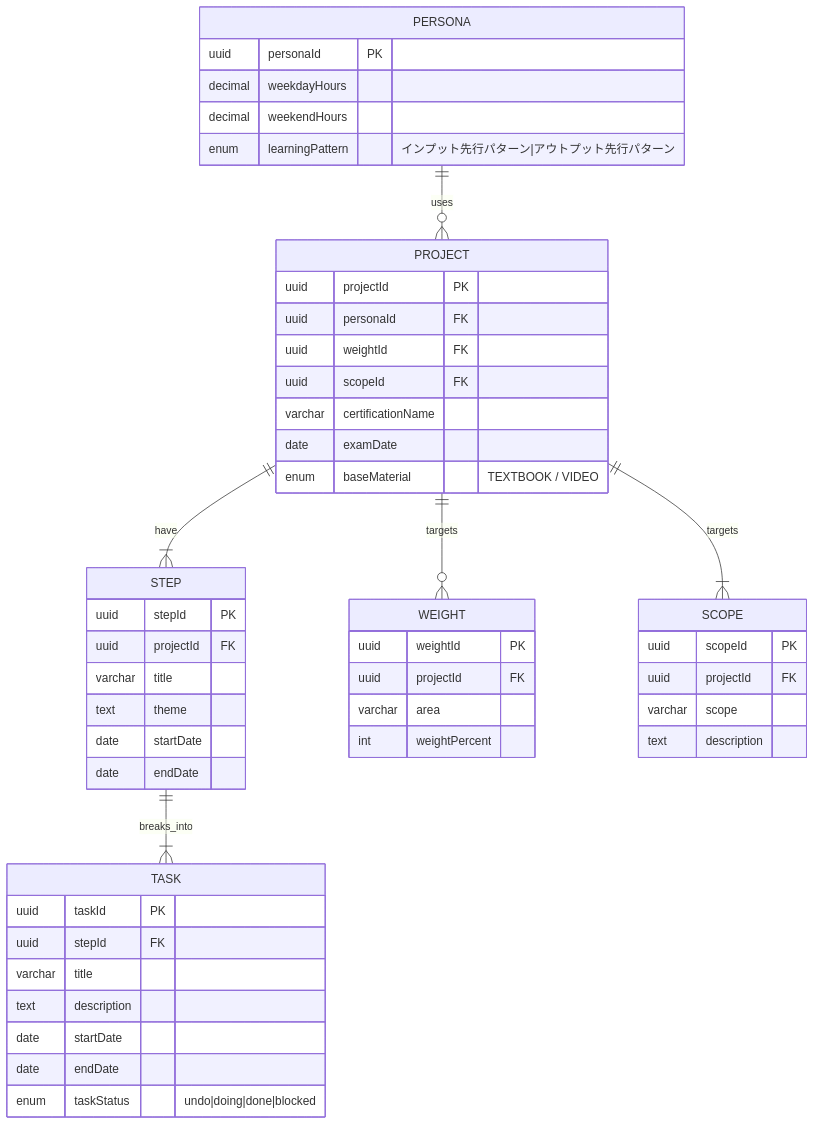
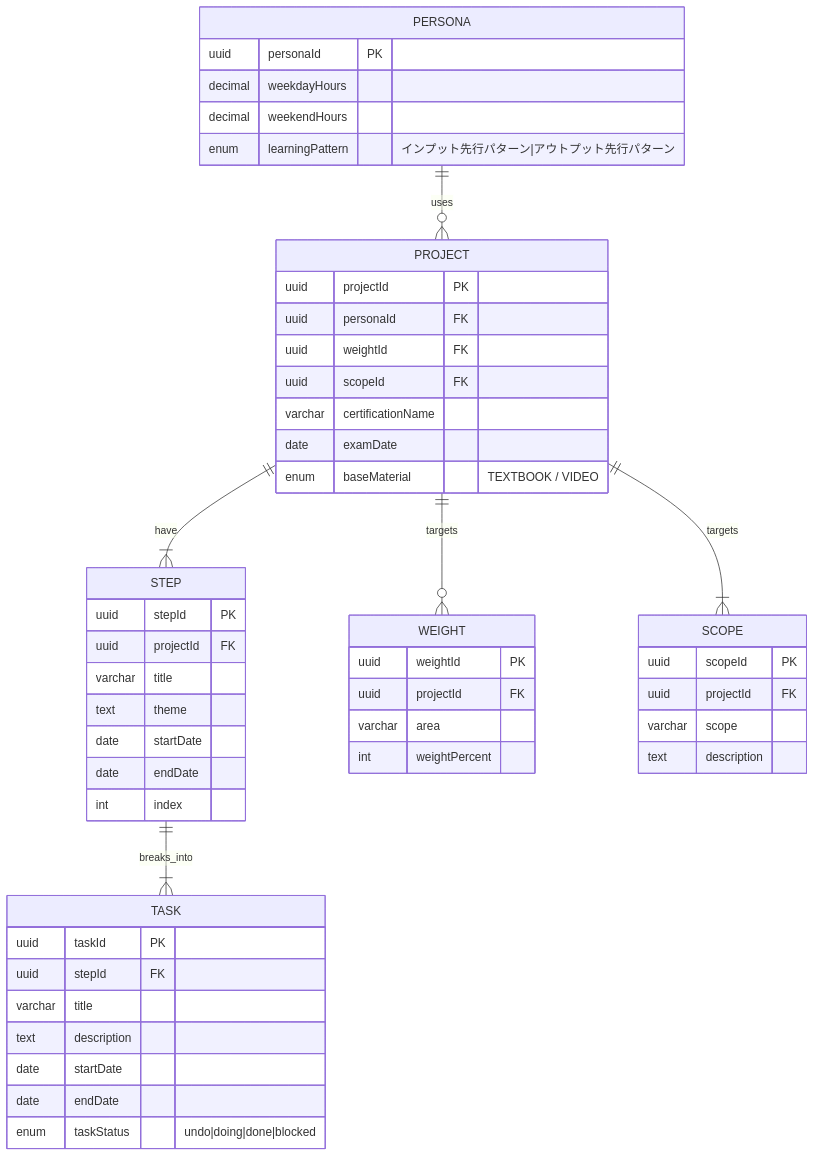
One commit to study-basic-hackathon/lazy-bear changed the diagram in docs/設計/erDiagram.md. Above: the diagram before and after it, drawn with Mermaid. The commit also changed 1 other file, not shown here.

Commit message:
stepに並び順を表すindexカラムの追加、swaggerAPIのエディタをjsonに追加

````diff
--- a/docs/設計/erDiagram.md
+++ b/docs/設計/erDiagram.md
@@ -3,58 +3,59 @@
 ```mermaid
 erDiagram
     PROJECT ||--|{ STEP : have
     STEP ||--|{ TASK : breaks_into
     PERSONA ||--o{ PROJECT : uses
     PROJECT ||--o{ WEIGHT : targets
     PROJECT ||--|{ SCOPE : targets
 
     PROJECT {
         uuid projectId PK
         uuid personaId FK
         uuid weightId FK
         uuid scopeId FK
         varchar certificationName
         date examDate
         enum baseMaterial "TEXTBOOK / VIDEO"
     }
 
     STEP {
         uuid stepId PK
         uuid projectId FK
         varchar title
         text theme
         date startDate
         date endDate
+        int index
     }
 
     TASK {
         uuid taskId PK
         uuid stepId FK
         varchar title
         text description
         date startDate
         date endDate
         enum taskStatus "undo|doing|done|blocked"
     }
 
     PERSONA {
         uuid personaId PK
         decimal weekdayHours
         decimal weekendHours
         enum learningPattern "インプット先行パターン|アウトプット先行パターン"
     }
 
     WEIGHT {
         uuid weightId PK
         uuid projectId FK
         varchar area
         int weightPercent
     }
 
     SCOPE {
         uuid scopeId PK
         uuid projectId FK
         varchar scope
         text description
     }
 ```
````
